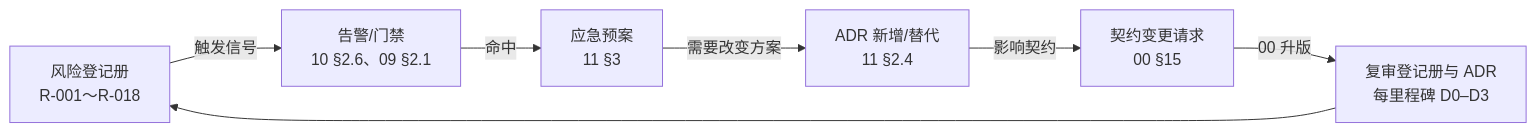
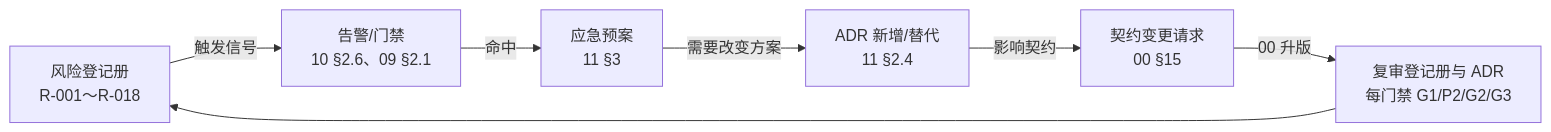
The first of 2 diagrams in docs/11-risk-adr.md (mbpz/camPush), drawn with Mermaid before and after one commit. The commit also changed other lines of this file and 5 other files, not shown here.

````diff
--- a/docs/11-risk-adr.md
+++ b/docs/11-risk-adr.md
@@ -46,9 +49,9 @@
 ```mermaid
 flowchart LR
   R["风险登记册<br/>R-001～R-018"] -->|触发信号| A["告警/门禁<br/>10 §2.6、09 §2.1"]
   A -->|命中| E["应急预案<br/>11 §3"]
   E -->|需要改变方案| D["ADR 新增/替代<br/>11 §2.4"]
   D -->|影响契约| C["契约变更请求<br/>00 §15"]
-  C -->|00 升版| R2["复审登记册与 ADR<br/>每里程碑 D0–D3"]
+  C -->|00 升版| R2["复审登记册与 ADR<br/>每门禁 G1/P2/G2/G3"]
   R2 --> R
 ```
````
